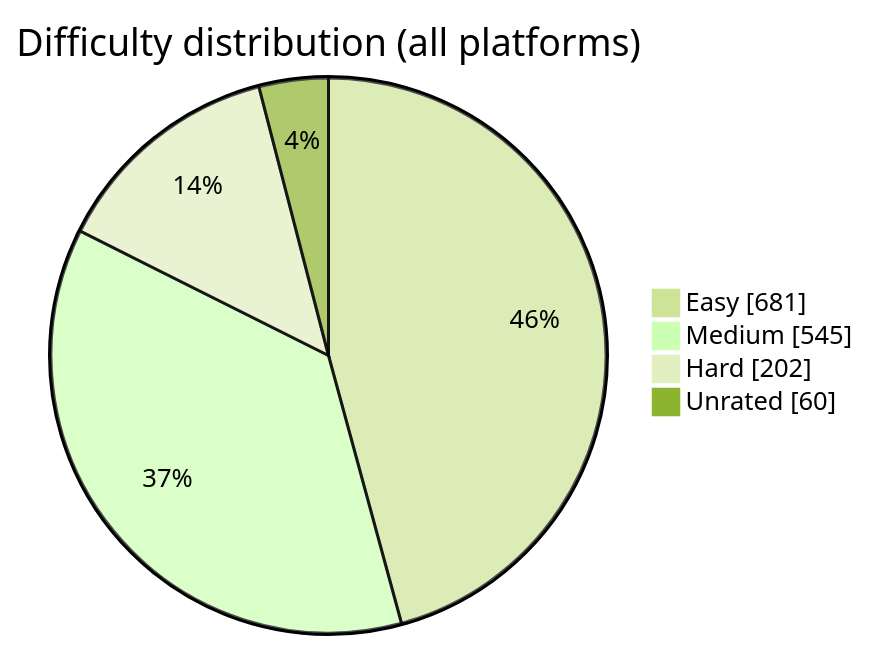
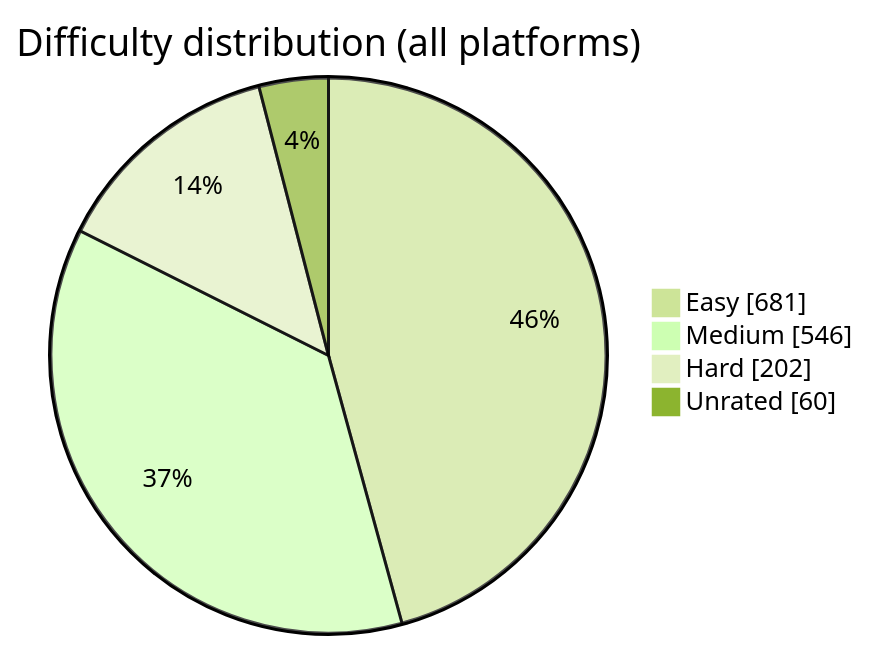
Before and after one commit to BuildbyArindam/Daily-Coding-Log: the diagram in README.md, drawn with Mermaid (forest theme). The commit also changed other lines of this file, not shown here.

````diff
--- a/README.md
+++ b/README.md
@@ -93,7 +93,7 @@
 ```mermaid
 pie showData title Difficulty distribution (all platforms)
     "Easy" : 681
-    "Medium" : 545
+    "Medium" : 546
     "Hard" : 202
     "Unrated" : 60
 ```
````
